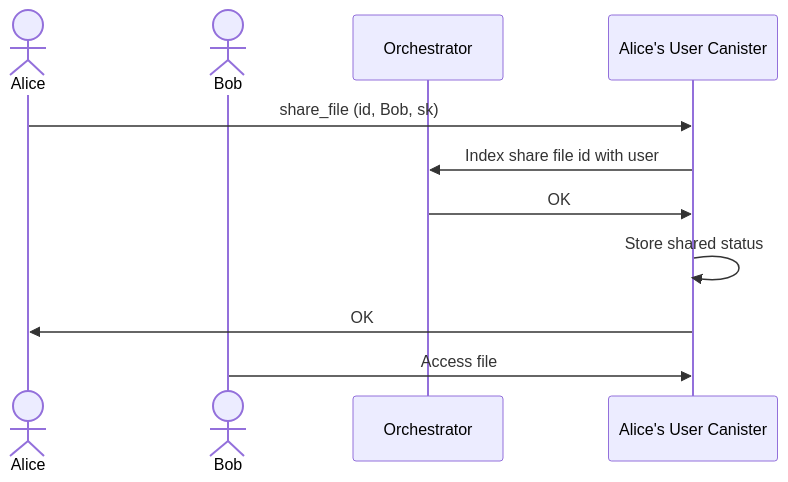
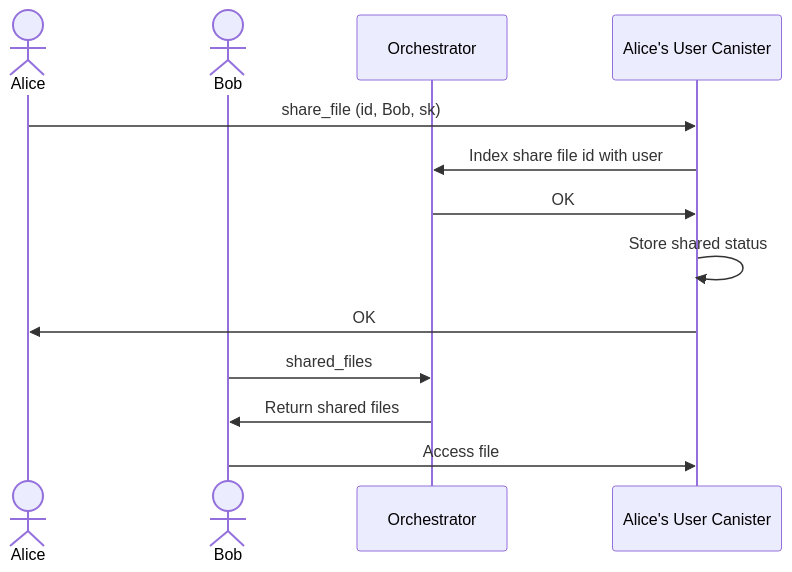
The sixth of 8 diagrams in docs/flows.md (icp-hub-it/ic-docutrack), drawn with Mermaid before and after one commit.

````diff
--- a/docs/flows.md
+++ b/docs/flows.md
@@ -86,14 +86,16 @@
 ```mermaid
 sequenceDiagram
     actor A as Alice
     actor B as Bob
     participant O as Orchestrator
     participant UC as Alice's User Canister
     A->>UC: share_file (id, Bob, sk)
     UC->>O: Index share file id with user
     O->>UC: OK
     UC->>UC: Store shared status
     UC->>A: OK
+    B->>O: shared_files
+    O->>B: Return shared files
     B->>UC: Access file
 
 ```
````
